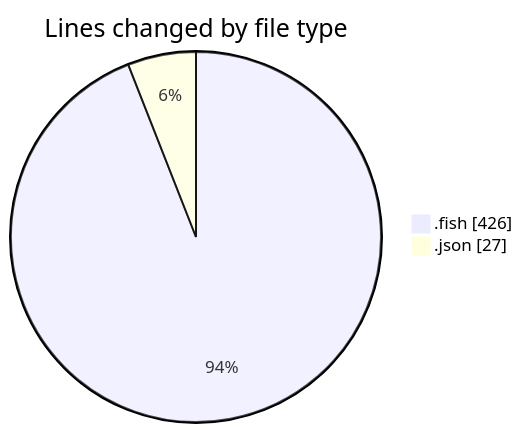
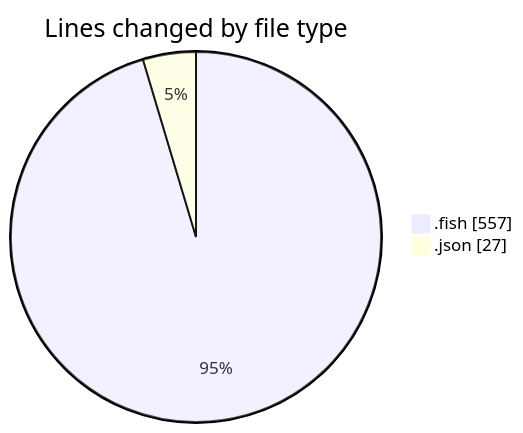
Before and after one commit to EIIisD/code-tracking: the first of 2 diagrams in 2025-08-03/fish/README.md, drawn with Mermaid. The commit also changed other lines of this file and 1 other file, not shown here.

````diff
--- a/2025-08-03/fish/README.md
+++ b/2025-08-03/fish/README.md
@@ -23,6 +23,6 @@
 ```mermaid
 pie showData
 title Lines changed by file type
-".fish" : 426
+".fish" : 557
 ".json" : 27
 ```
````
